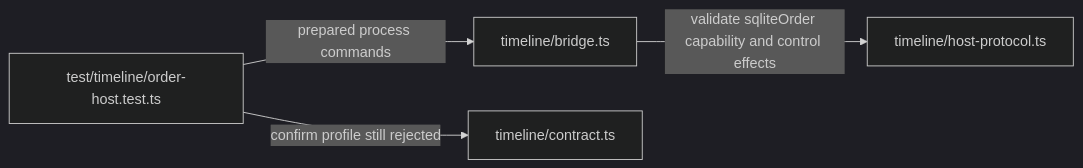
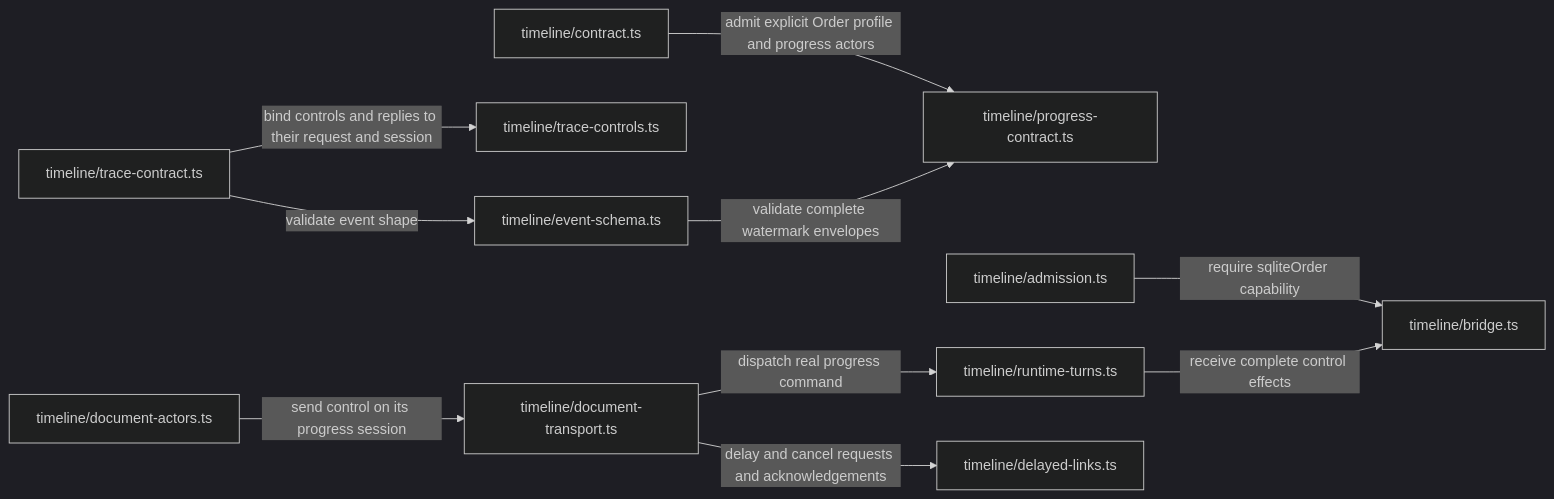
Before and after one commit to sproates/zooglass: diagram 35 of 35 in workbench/docs/source-map.md, drawn with Mermaid (dark theme). The commit also changed other lines of this file and 31 other files, not shown here.

Commit message:
Add Order timeline progress transport and replay

````diff
--- a/workbench/docs/source-map.md
+++ b/workbench/docs/source-map.md
@@ -876,6 +876,12 @@
 ```mermaid
 flowchart LR
-  tests["test/timeline/order-host.test.ts"] -->|prepared process commands| bridge["timeline/bridge.ts"]
-  bridge -->|validate sqliteOrder capability and control effects| protocol["timeline/host-protocol.ts"]
-  tests -->|confirm profile still rejected| contract["timeline/contract.ts"]
+  contract["timeline/contract.ts"] -->|admit explicit Order profile and progress actors| controls["timeline/progress-contract.ts"]
+  admission["timeline/admission.ts"] -->|require sqliteOrder capability| bridge["timeline/bridge.ts"]
+  actors["timeline/document-actors.ts"] -->|send control on its progress session| transport["timeline/document-transport.ts"]
+  transport -->|delay and cancel requests and acknowledgements| links["timeline/delayed-links.ts"]
+  transport -->|dispatch real progress command| turns["timeline/runtime-turns.ts"]
+  turns -->|receive complete control effects| bridge
+  schema["timeline/event-schema.ts"] -->|validate complete watermark envelopes| controls
+  trace["timeline/trace-contract.ts"] -->|validate event shape| schema
+  trace -->|bind controls and replies to their request and session| lineage["timeline/trace-controls.ts"]
 ```
````
